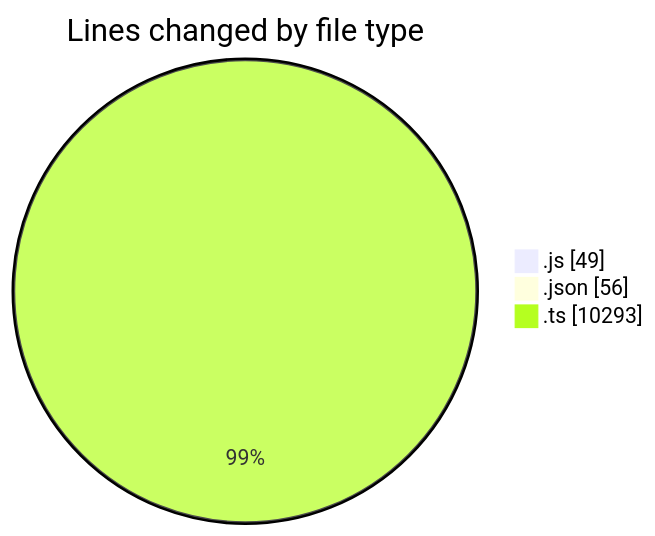
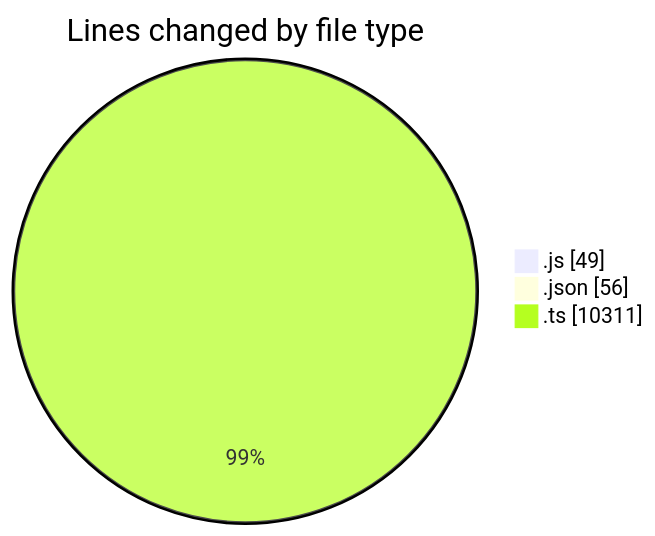
The first of 2 diagrams in 2025-09-04/cda/README.md (momahboobian/code-tracking), drawn with Mermaid before and after one commit. The commit also changed other lines of this file and 1 other file, not shown here.

````diff
--- a/2025-09-04/cda/README.md
+++ b/2025-09-04/cda/README.md
@@ -24,7 +24,7 @@
 ```mermaid
 pie showData
 title Lines changed by file type
 ".js" : 49
 ".json" : 56
-".ts" : 10293
+".ts" : 10311
 ```
````
